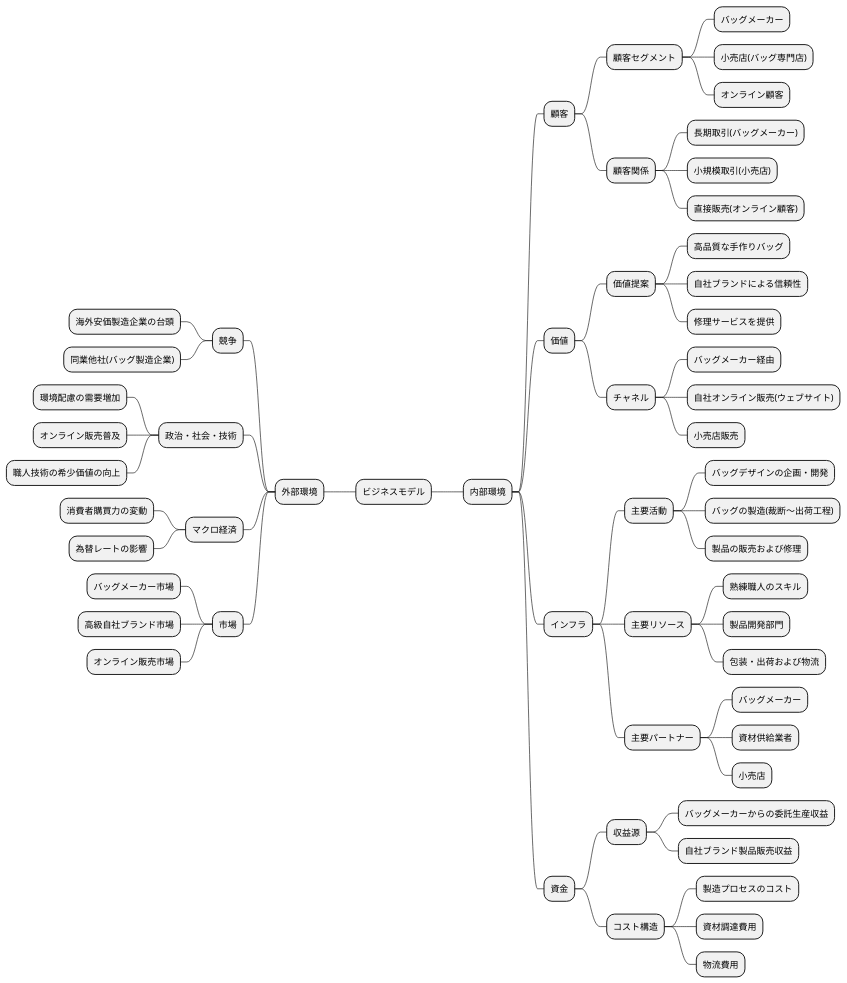
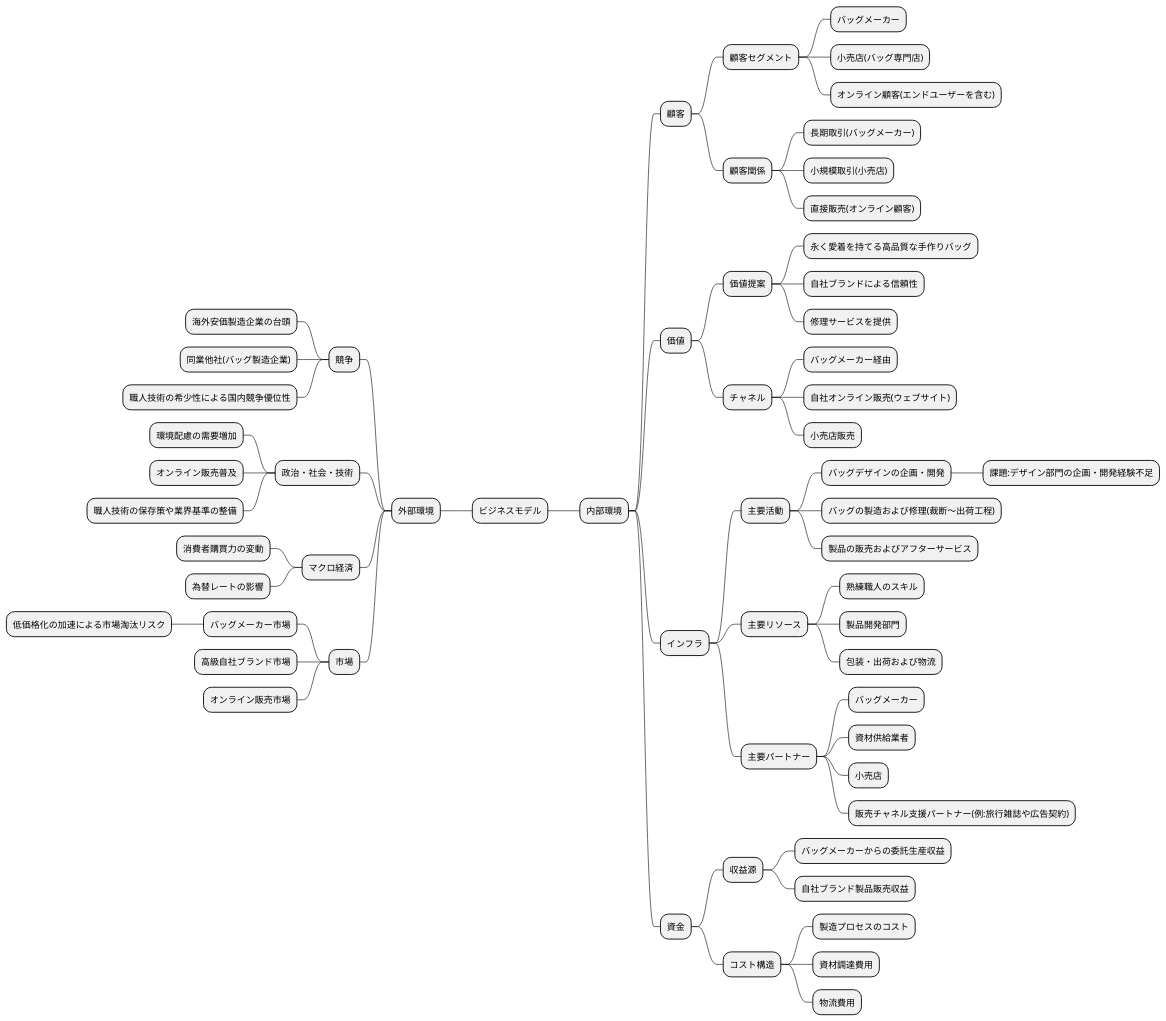
Before and after one commit to k2works/case-study-business-analysis: the second of 19 diagrams in docs/case/r03_case_3.adoc, drawn with PlantUML. The commit also changed other lines of this file, not shown here.

```diff
--- a/docs/case/r03_case_3.adoc
+++ b/docs/case/r03_case_3.adoc
@@ -87,64 +87,68 @@
 [plantuml]
 ----
 @startmindmap
 
 * ビジネスモデル
 ** 内部環境
 *** 顧客
 **** 顧客セグメント
 ***** バッグメーカー
 ***** 小売店(バッグ専門店)
-***** オンライン顧客
+***** オンライン顧客(エンドユーザーを含む)
 **** 顧客関係
 ***** 長期取引(バッグメーカー)
 ***** 小規模取引(小売店)
 ***** 直接販売(オンライン顧客)
 *** 価値
 **** 価値提案
-***** 高品質な手作りバッグ
+***** 永く愛着を持てる高品質な手作りバッグ
 ***** 自社ブランドによる信頼性
 ***** 修理サービスを提供
 **** チャネル
 ***** バッグメーカー経由
 ***** 自社オンライン販売(ウェブサイト)
 ***** 小売店販売
 *** インフラ
 **** 主要活動
 ***** バッグデザインの企画・開発
-***** バッグの製造(裁断～出荷工程)
-***** 製品の販売および修理
+****** 課題:デザイン部門の企画・開発経験不足
+***** バッグの製造および修理(裁断～出荷工程)
+***** 製品の販売およびアフターサービス
 **** 主要リソース
 ***** 熟練職人のスキル
 ***** 製品開発部門
 ***** 包装・出荷および物流
 **** 主要パートナー
 ***** バッグメーカー
 ***** 資材供給業者
 ***** 小売店
+***** 販売チャネル支援パートナー(例:旅行雑誌や広告契約)
 *** 資金
 **** 収益源
 ***** バッグメーカーからの委託生産収益
 ***** 自社ブランド製品販売収益
 **** コスト構造
 ***** 製造プロセスのコスト
 ***** 資材調達費用
 ***** 物流費用
 left side
 ** 外部環境
 *** 競争
 **** 海外安価製造企業の台頭
 **** 同業他社(バッグ製造企業)
+**** 職人技術の希少性による国内競争優位性
 *** 政治・社会・技術
 **** 環境配慮の需要増加
 **** オンライン販売普及
-**** 職人技術の希少価値の向上
+**** 職人技術の保存策や業界基準の整備
 *** マクロ経済
 **** 消費者購買力の変動
 **** 為替レートの影響
 *** 市場
 **** バッグメーカー市場
+***** 低価格化の加速による市場淘汰リスク
 **** 高級自社ブランド市場
 **** オンライン販売市場
 
 @endmindmap
 ----
```
